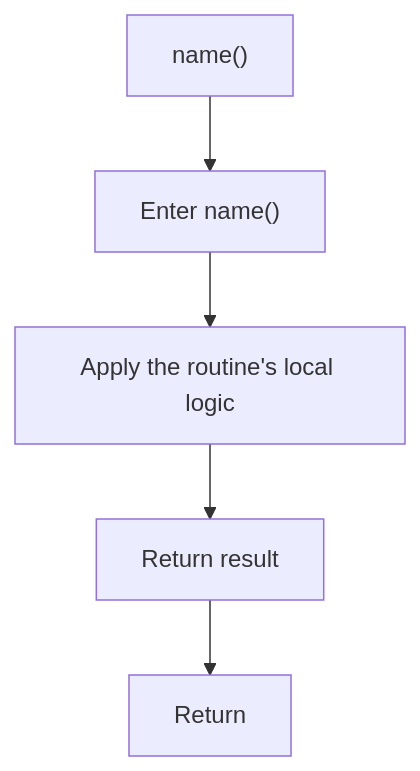
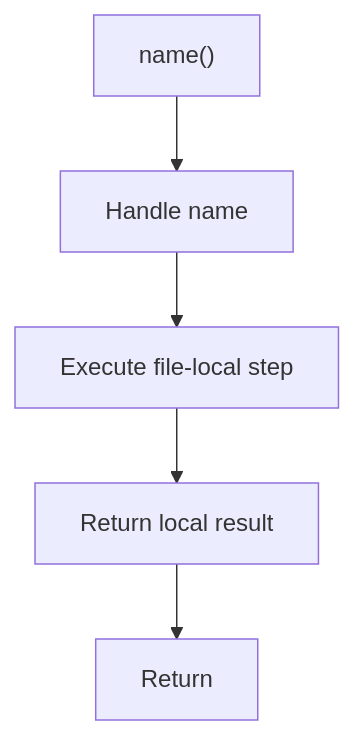
One commit to JohnAndrewBalbarosa/NeoTerritory changed the fourth of 7 diagrams in docs/Codebase/LegacyPatternTransformSamples/legacy_pattern_domain_models_sample.cpp.md. Above: the diagram before and after it, drawn with Mermaid. The commit also changed other lines of this file and 925 other files, not shown here.

````diff
--- a/docs/Codebase/LegacyPatternTransformSamples/legacy_pattern_domain_models_sample.cpp.md
+++ b/docs/Codebase/LegacyPatternTransformSamples/legacy_pattern_domain_models_sample.cpp.md
@@ -118,12 +117,12 @@
 ```mermaid
 flowchart TD
     Start["name()"]
-    N0["Enter name()"]
-    N1["Apply the routine's local logic"]
-    N2["Return result"]
+    N0["Handle name"]
+    N1["Execute file-local step"]
+    N2["Return local result"]
     End["Return"]
     Start --> N0
     N0 --> N1
     N1 --> N2
     N2 --> End
 ```
````
